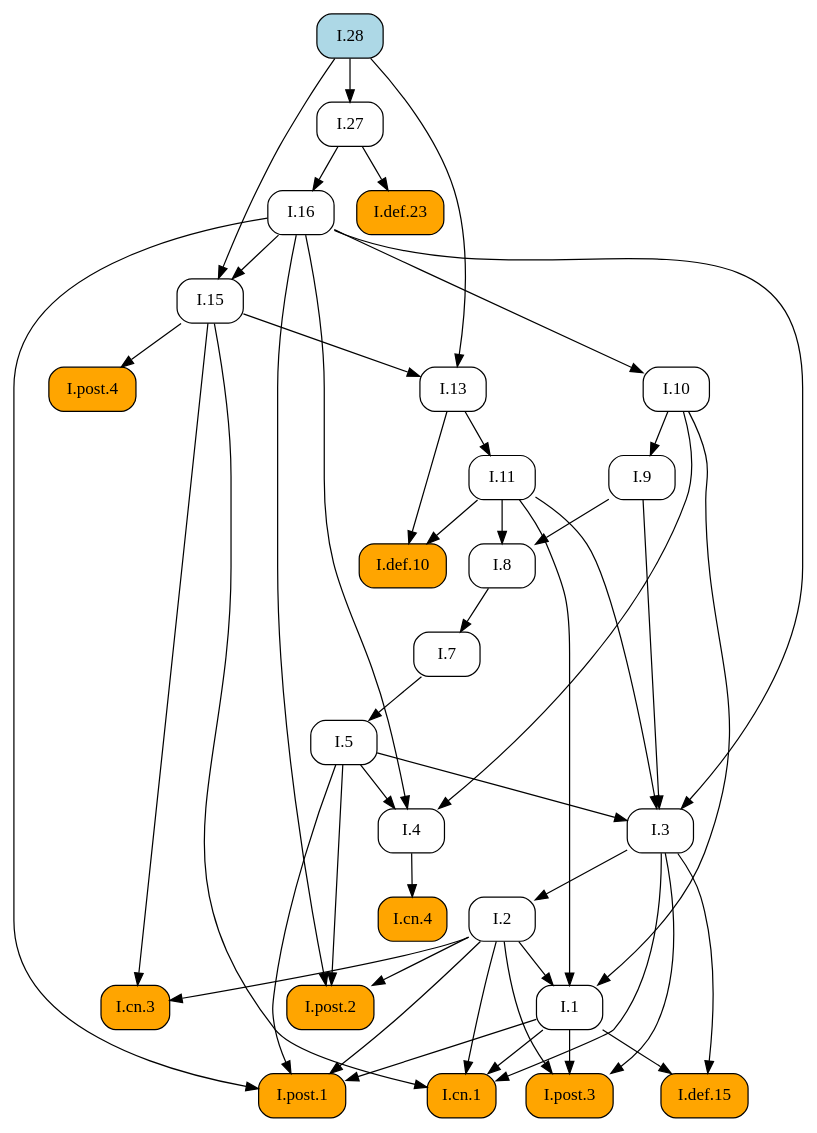
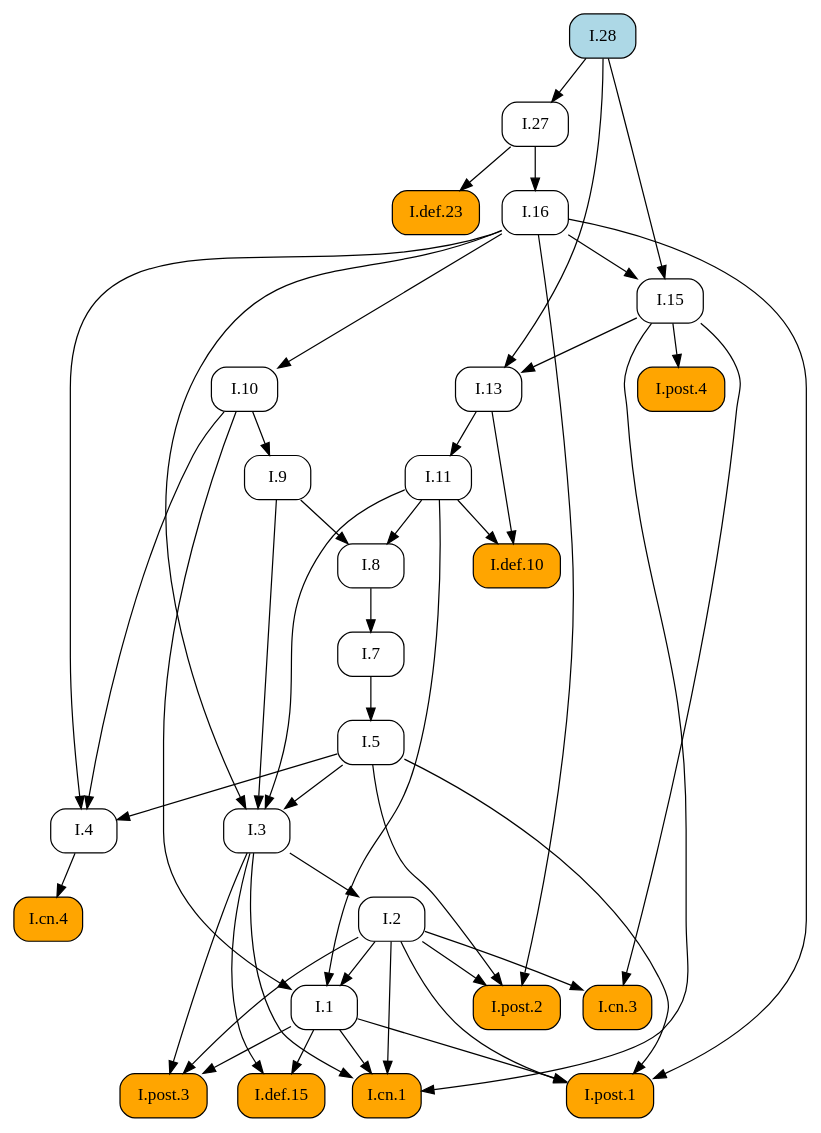
The diagram in docsrc/heath/I/28/index.rst (geometor/elements), drawn with Graphviz before and after one commit. The commit also changed other lines of this file and 1029 other files, not shown here.

```diff
--- a/docsrc/heath/I/28/index.rst
+++ b/docsrc/heath/I/28/index.rst
@@ -41,78 +41,78 @@
 .. graphviz::
 
    digraph {
      rankdir="TB";
      node [shape=box, style=rounded];
+     "I.def.10" [style="rounded,filled", fillcolor=orange, URL="/heath/I/def.10/", target="_top"];
+     "I.11" [URL="/heath/I/11/", target="_top"];
+     "I.post.4" [style="rounded,filled", fillcolor=orange, URL="/heath/I/post.4/", target="_top"];
+     "I.1" [URL="/heath/I/1/", target="_top"];
+     "I.27" [URL="/heath/I/27/", target="_top"];
+     "I.28" [style="rounded,filled", fillcolor=lightblue, URL="/heath/I/28/", target="_top"];
+     "I.7" [URL="/heath/I/7/", target="_top"];
+     "I.3" [URL="/heath/I/3/", target="_top"];
+     "I.2" [URL="/heath/I/2/", target="_top"];
+     "I.def.23" [style="rounded,filled", fillcolor=orange, URL="/heath/I/def.23/", target="_top"];
+     "I.4" [URL="/heath/I/4/", target="_top"];
      "I.13" [URL="/heath/I/13/", target="_top"];
+     "I.post.2" [style="rounded,filled", fillcolor=orange, URL="/heath/I/post.2/", target="_top"];
+     "I.16" [URL="/heath/I/16/", target="_top"];
+     "I.def.15" [style="rounded,filled", fillcolor=orange, URL="/heath/I/def.15/", target="_top"];
+     "I.9" [URL="/heath/I/9/", target="_top"];
+     "I.post.3" [style="rounded,filled", fillcolor=orange, URL="/heath/I/post.3/", target="_top"];
+     "I.cn.1" [style="rounded,filled", fillcolor=orange, URL="/heath/I/cn.1/", target="_top"];
      "I.cn.3" [style="rounded,filled", fillcolor=orange, URL="/heath/I/cn.3/", target="_top"];
-     "I.5" [URL="/heath/I/5/", target="_top"];
-     "I.11" [URL="/heath/I/11/", target="_top"];
-     "I.7" [URL="/heath/I/7/", target="_top"];
-     "I.10" [URL="/heath/I/10/", target="_top"];
-     "I.4" [URL="/heath/I/4/", target="_top"];
-     "I.27" [URL="/heath/I/27/", target="_top"];
-     "I.def.23" [style="rounded,filled", fillcolor=orange, URL="/heath/I/def.23/", target="_top"];
-     "I.3" [URL="/heath/I/3/", target="_top"];
-     "I.16" [URL="/heath/I/16/", target="_top"];
      "I.8" [URL="/heath/I/8/", target="_top"];
-     "I.9" [URL="/heath/I/9/", target="_top"];
-     "I.def.10" [style="rounded,filled", fillcolor=orange, URL="/heath/I/def.10/", target="_top"];
-     "I.post.4" [style="rounded,filled", fillcolor=orange, URL="/heath/I/post.4/", target="_top"];
-     "I.post.2" [style="rounded,filled", fillcolor=orange, URL="/heath/I/post.2/", target="_top"];
-     "I.2" [URL="/heath/I/2/", target="_top"];
-     "I.def.15" [style="rounded,filled", fillcolor=orange, URL="/heath/I/def.15/", target="_top"];
-     "I.1" [URL="/heath/I/1/", target="_top"];
-     "I.post.3" [style="rounded,filled", fillcolor=orange, URL="/heath/I/post.3/", target="_top"];
-     "I.28" [style="rounded,filled", fillcolor=lightblue, URL="/heath/I/28/", target="_top"];
-     "I.post.1" [style="rounded,filled", fillcolor=orange, URL="/heath/I/post.1/", target="_top"];
      "I.cn.4" [style="rounded,filled", fillcolor=orange, URL="/heath/I/cn.4/", target="_top"];
      "I.15" [URL="/heath/I/15/", target="_top"];
-     "I.cn.1" [style="rounded,filled", fillcolor=orange, URL="/heath/I/cn.1/", target="_top"];
-     "I.15" -> "I.13";
-     "I.28" -> "I.13";
-     "I.2" -> "I.cn.3";
-     "I.15" -> "I.cn.3";
-     "I.7" -> "I.5";
+     "I.post.1" [style="rounded,filled", fillcolor=orange, URL="/heath/I/post.1/", target="_top"];
+     "I.10" [URL="/heath/I/10/", target="_top"];
+     "I.5" [URL="/heath/I/5/", target="_top"];
+     "I.11" -> "I.def.10";
+     "I.13" -> "I.def.10";
      "I.13" -> "I.11";
+     "I.15" -> "I.post.4";
+     "I.2" -> "I.1";
+     "I.10" -> "I.1";
+     "I.11" -> "I.1";
+     "I.28" -> "I.27";
      "I.8" -> "I.7";
-     "I.16" -> "I.10";
-     "I.5" -> "I.4";
-     "I.10" -> "I.4";
-     "I.16" -> "I.4";
-     "I.28" -> "I.27";
-     "I.27" -> "I.def.23";
      "I.5" -> "I.3";
      "I.9" -> "I.3";
      "I.11" -> "I.3";
      "I.16" -> "I.3";
-     "I.27" -> "I.16";
-     "I.9" -> "I.8";
-     "I.11" -> "I.8";
-     "I.10" -> "I.9";
-     "I.11" -> "I.def.10";
-     "I.13" -> "I.def.10";
-     "I.15" -> "I.post.4";
+     "I.3" -> "I.2";
+     "I.27" -> "I.def.23";
+     "I.5" -> "I.4";
+     "I.10" -> "I.4";
+     "I.16" -> "I.4";
+     "I.15" -> "I.13";
+     "I.28" -> "I.13";
      "I.2" -> "I.post.2";
      "I.5" -> "I.post.2";
      "I.16" -> "I.post.2";
-     "I.3" -> "I.2";
+     "I.27" -> "I.16";
      "I.1" -> "I.def.15";
      "I.3" -> "I.def.15";
-     "I.2" -> "I.1";
-     "I.10" -> "I.1";
-     "I.11" -> "I.1";
+     "I.10" -> "I.9";
      "I.1" -> "I.post.3";
      "I.2" -> "I.post.3";
      "I.3" -> "I.post.3";
+     "I.1" -> "I.cn.1";
+     "I.2" -> "I.cn.1";
+     "I.3" -> "I.cn.1";
+     "I.15" -> "I.cn.1";
+     "I.2" -> "I.cn.3";
+     "I.15" -> "I.cn.3";
+     "I.9" -> "I.8";
+     "I.11" -> "I.8";
+     "I.4" -> "I.cn.4";
+     "I.16" -> "I.15";
+     "I.28" -> "I.15";
      "I.1" -> "I.post.1";
      "I.2" -> "I.post.1";
      "I.5" -> "I.post.1";
      "I.16" -> "I.post.1";
-     "I.4" -> "I.cn.4";
-     "I.16" -> "I.15";
-     "I.28" -> "I.15";
-     "I.1" -> "I.cn.1";
-     "I.2" -> "I.cn.1";
-     "I.3" -> "I.cn.1";
-     "I.15" -> "I.cn.1";
+     "I.16" -> "I.10";
+     "I.7" -> "I.5";
    }
```
